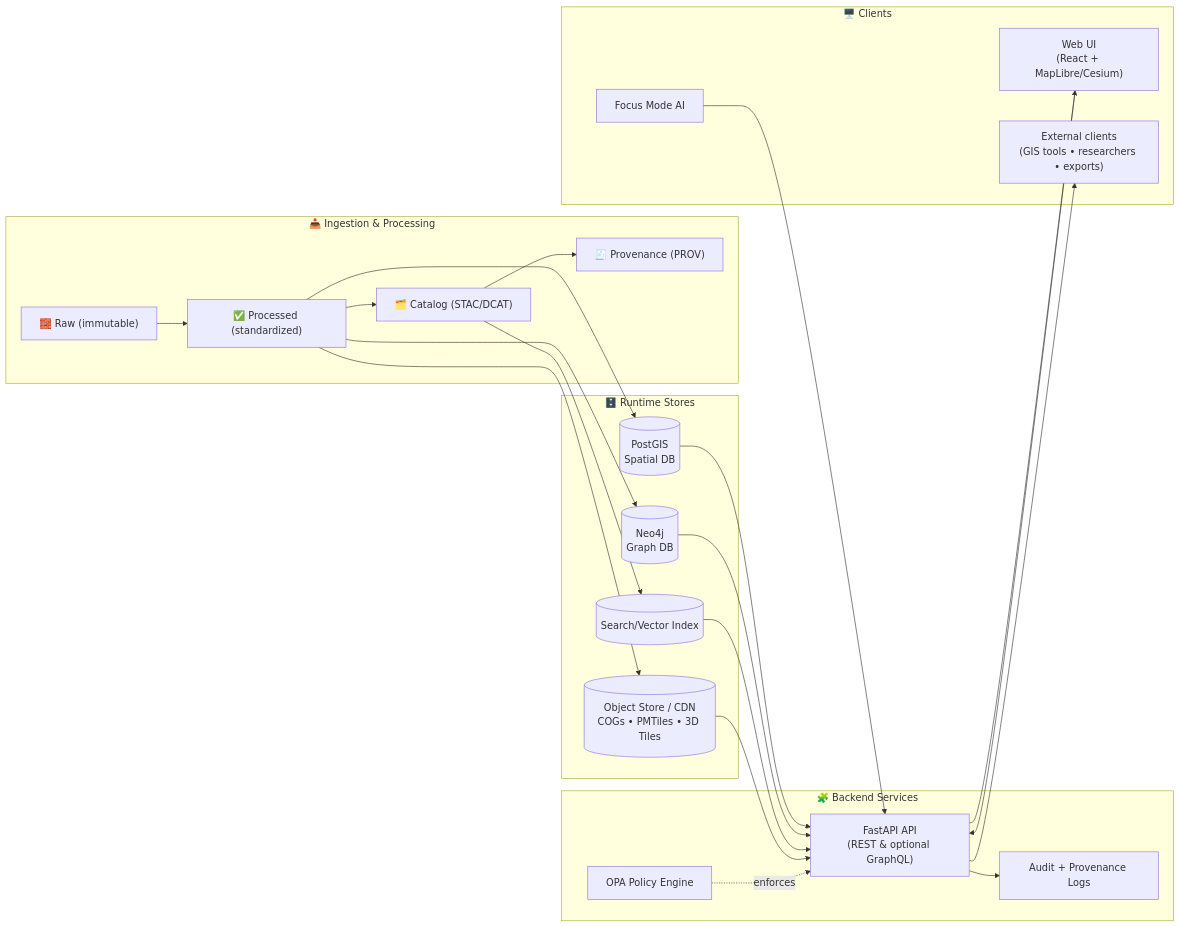
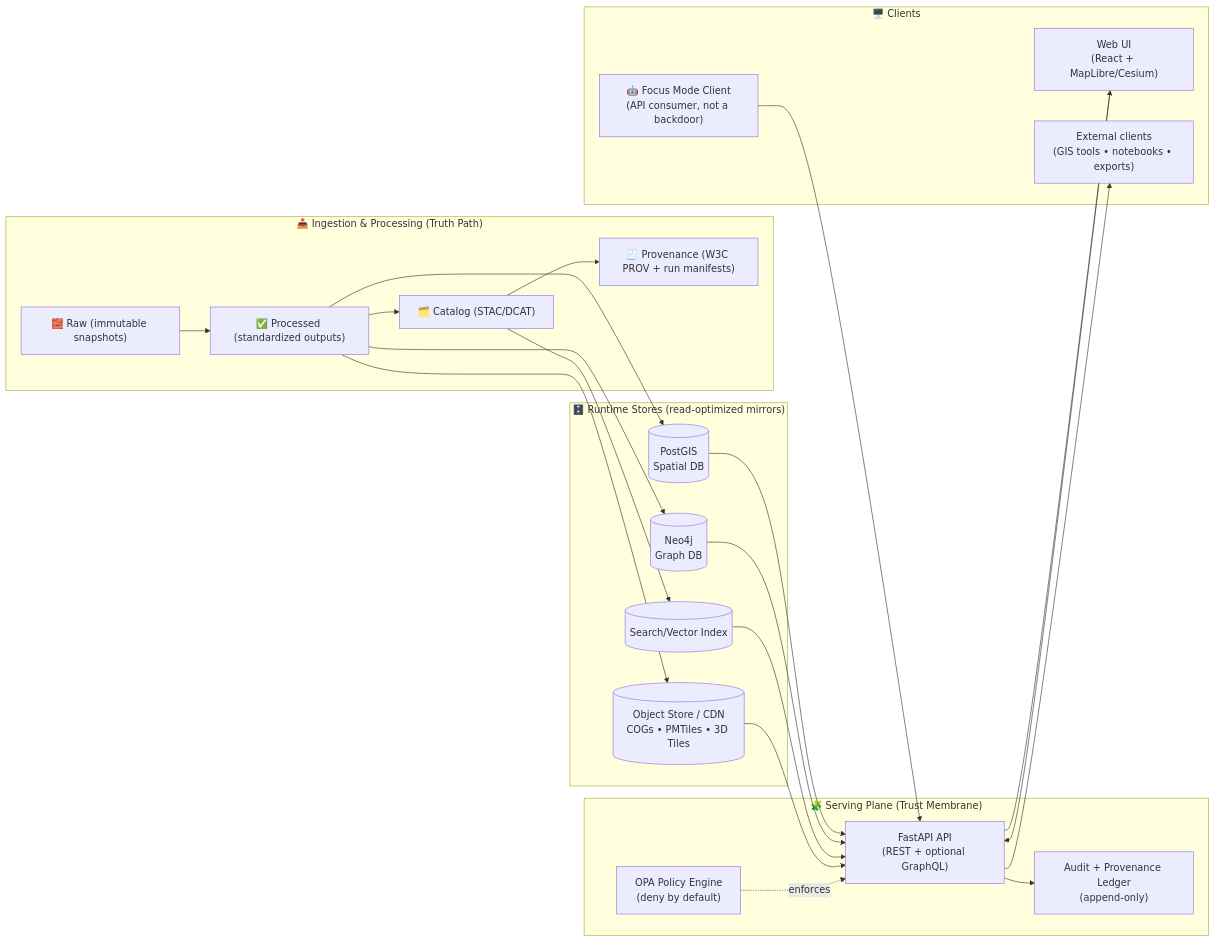
Before and after one commit to bartytime4life/Kansas-Frontier-Matrix: the first of 2 diagrams in api/README.md, drawn with Mermaid. The commit also changed other lines of this file, not shown here.

````diff
--- a/api/README.md
+++ b/api/README.md
@@ -111,41 +136,41 @@
 ```mermaid
 flowchart LR
-  subgraph Ingestion["📥 Ingestion & Processing"]
-    raw["🧱 Raw (immutable)"]
-    processed["✅ Processed (standardized)"]
+  subgraph Ingestion["📥 Ingestion & Processing (Truth Path)"]
+    raw["🧱 Raw (immutable snapshots)"]
+    processed["✅ Processed (standardized outputs)"]
     catalog["🗂️ Catalog (STAC/DCAT)"]
-    prov["🧾 Provenance (PROV)"]
+    prov["🧾 Provenance (W3C PROV + run manifests)"]
     raw --> processed --> catalog --> prov
   end
 
-  subgraph Stores["🗄️ Runtime Stores"]
+  subgraph Stores["🗄️ Runtime Stores (read-optimized mirrors)"]
     postgis[(PostGIS<br/>Spatial DB)]
     neo4j[(Neo4j<br/>Graph DB)]
     search[(Search/Vector Index)]
     object[(Object Store / CDN<br/>COGs • PMTiles • 3D Tiles)]
   end
 
-  subgraph Backend["🧩 Backend Services"]
-    api["FastAPI API<br/>(REST & optional GraphQL)"]
-    opa["OPA Policy Engine"]
-    audit["Audit + Provenance Logs"]
+  subgraph Backend["🧩 Serving Plane (Trust Membrane)"]
+    api["FastAPI API<br/>(REST + optional GraphQL)"]
+    opa["OPA Policy Engine<br/>(deny by default)"]
+    audit["Audit + Provenance Ledger<br/>(append-only)"]
   end
 
   subgraph Clients["🖥️ Clients"]
     ui["Web UI<br/>(React + MapLibre/Cesium)"]
-    ai["Focus Mode AI"]
-    external["External clients<br/>(GIS tools • researchers • exports)"]
+    ai["🤖 Focus Mode Client<br/>(API consumer, not a backdoor)"]
+    ext["External clients<br/>(GIS tools • notebooks • exports)"]
   end
 
   processed --> postgis & neo4j
   catalog --> search
   processed --> object
 
   postgis & neo4j & search & object --> api --> ui
   ui --> api
   ai --> api
-  api --> external
+  api --> ext
 
   opa -.enforces.-> api
   api --> audit
 ```
````
